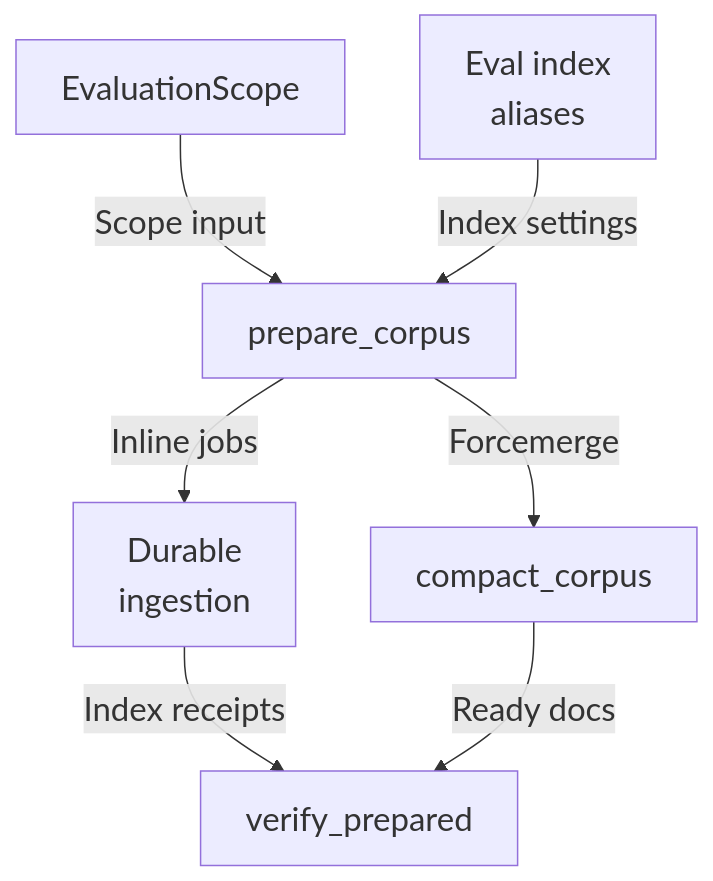
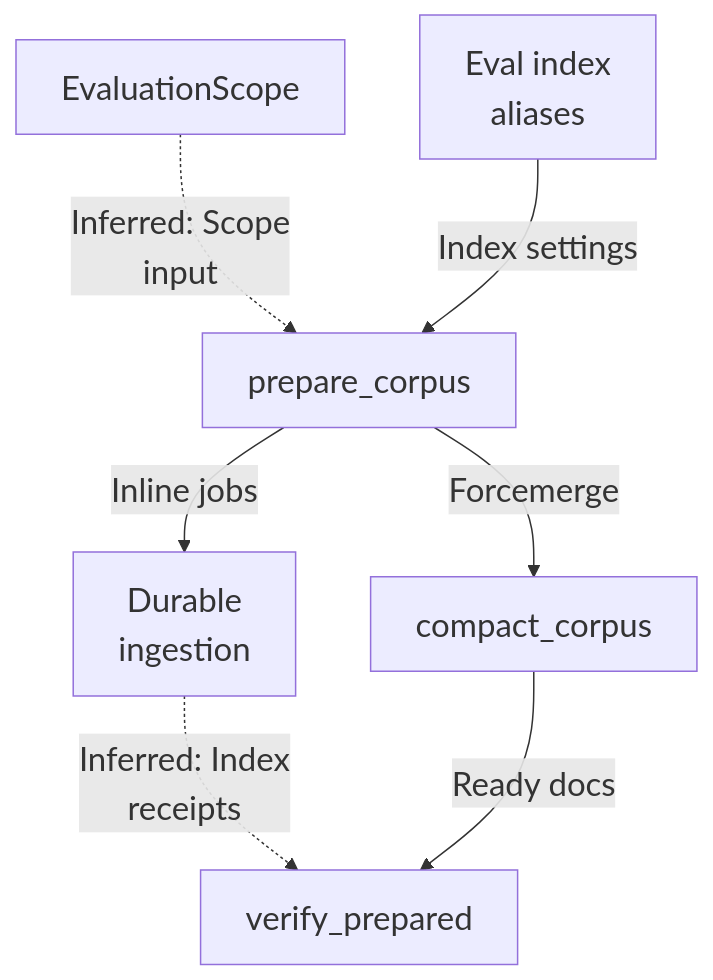
Before and after one commit to Justin-Mendoza/Afterclass: the second of 5 diagrams in maps/evaluation/README.md, drawn with Mermaid. The commit also changed other lines of this file and 88 other files, not shown here.

````diff
--- a/maps/evaluation/README.md
+++ b/maps/evaluation/README.md
@@ -82,16 +80,16 @@
 ```mermaid
 %%{init: {"themeVariables": {"fontSize": "22px"}}}%%
 flowchart TD
   n0["EvaluationScope"]
   n1["Eval index<br/>aliases"]
   n2["prepare_corpus"]
   n3["Durable<br/>ingestion"]
   n4["compact_corpus"]
   n5["verify_prepared"]
-  n0 -->|"Scope input"| n2
+  n0 -.->|"Inferred: Scope<br/>input"| n2
   n1 -->|"Index settings"| n2
   n2 -->|"Inline jobs"| n3
   n2 -->|"Forcemerge"| n4
-  n3 -->|"Index receipts"| n5
+  n3 -.->|"Inferred: Index<br/>receipts"| n5
   n4 -->|"Ready docs"| n5
 ```
````
